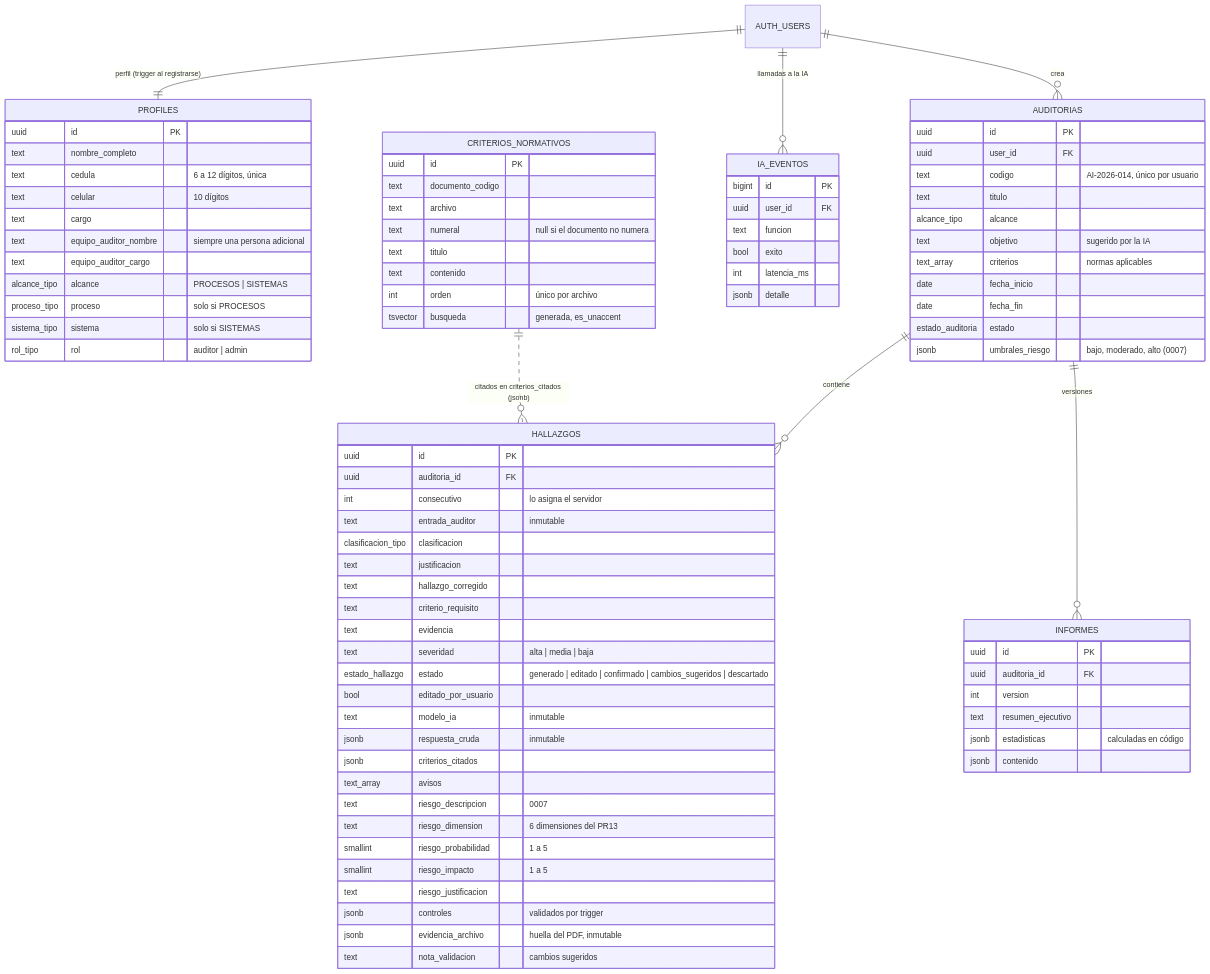
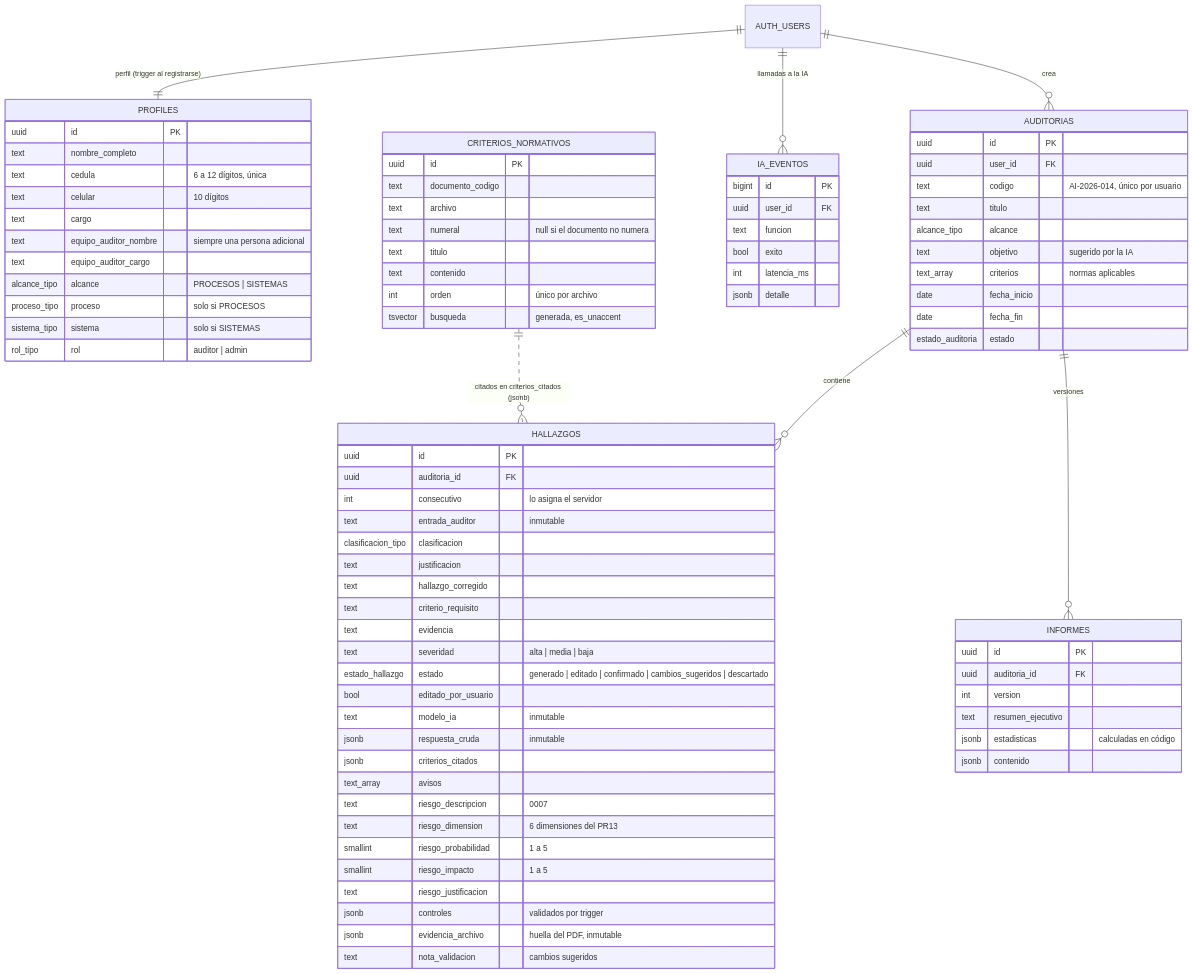
The diagram in docs/BASE_DE_DATOS.md (OscarNarvaez/pg_web_halla), drawn with Mermaid before and after one commit. The commit also changed other lines of this file and 25 other files, not shown here.

```diff
--- a/docs/BASE_DE_DATOS.md
+++ b/docs/BASE_DE_DATOS.md
@@ -47,7 +48,6 @@
     date fecha_inicio
     date fecha_fin
     estado_auditoria estado
-    jsonb umbrales_riesgo "bajo, moderado, alto (0007)"
   }
   HALLAZGOS {
     uuid id PK
```
